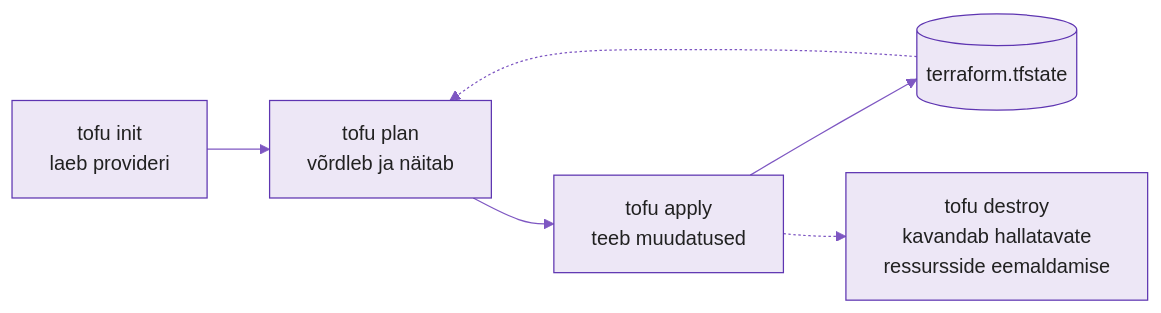
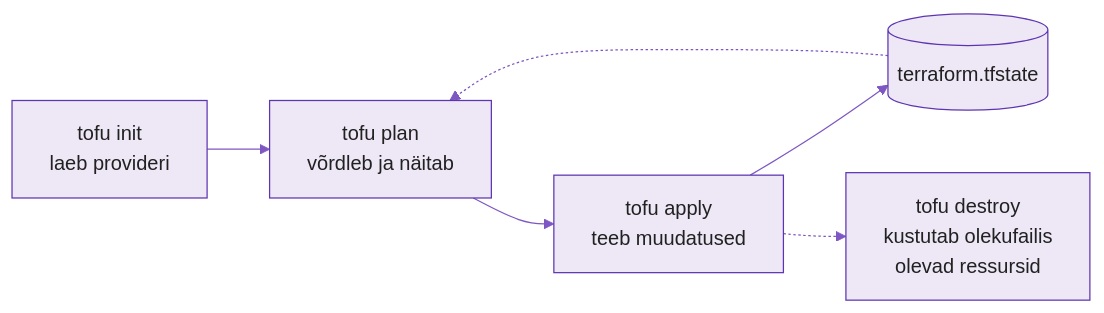
The diagram in docs/week10/lecture.md (hkhk-automation/devops), drawn with Mermaid before and after one commit. The commit also changed other lines of this file and 1 other file, not shown here.

````diff
--- a/docs/week10/lecture.md
+++ b/docs/week10/lecture.md
@@ -175,9 +175,9 @@
 ```mermaid
 %%{init: {'theme':'base','themeVariables':{'primaryColor':'#ede7f6','primaryBorderColor':'#5e35b1','primaryTextColor':'#212121','lineColor':'#7e57c2'}}}%%
 graph LR
     I["tofu init<br/>laeb provideri"] --> P["tofu plan<br/>võrdleb ja näitab"]
     P --> A["tofu apply<br/>teeb muudatused"]
     A --> S[("terraform.tfstate")]
     S -.-> P
-    A -.-> D["tofu destroy<br/>kavandab hallatavate<br/>ressursside eemaldamise"]
+    A -.-> D["tofu destroy<br/>kustutab olekufailis<br/>olevad ressursid"]
 ```
````
